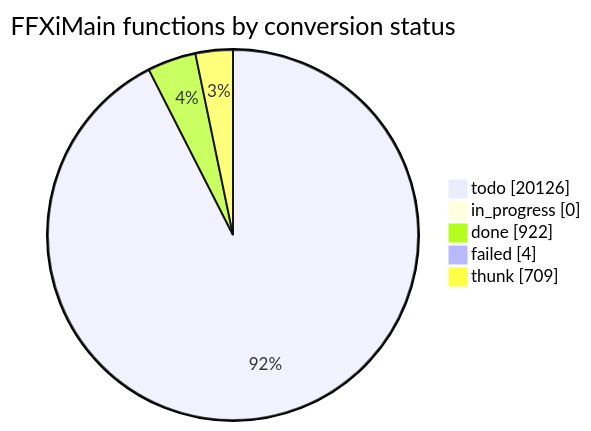
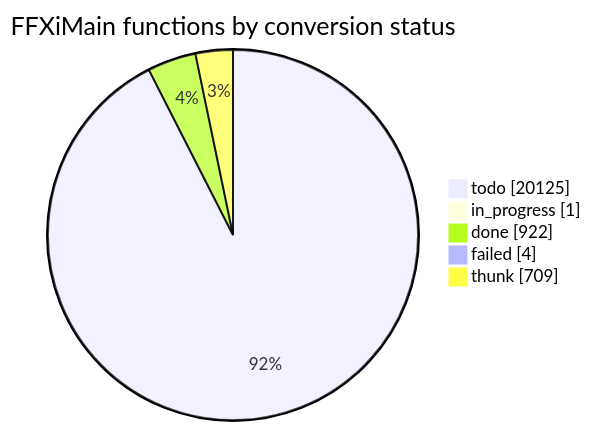
Before and after one commit to cowrevenge/cow_kuluu_xi_anything: the diagram in docs/cow/STATUS.md, drawn with Mermaid. The commit also changed other lines of this file and 7 other files, not shown here.

````diff
--- a/docs/cow/STATUS.md
+++ b/docs/cow/STATUS.md
@@ -18,9 +18,9 @@
 ```mermaid
 pie showData
     title FFXiMain functions by conversion status
-    "todo" : 20126
-    "in_progress" : 0
+    "todo" : 20125
+    "in_progress" : 1
     "done" : 922
     "failed" : 4
     "thunk" : 709
 ```
````
